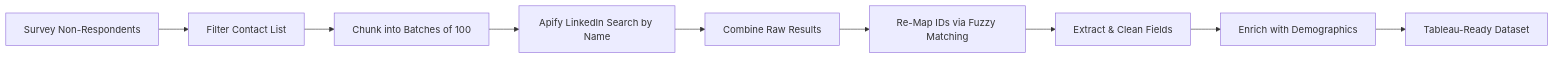
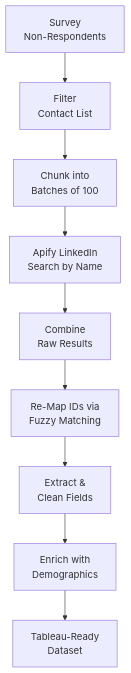
The first of 7 diagrams in _pages/tab1_research/1.1collect/scraping_linkedin.md (ZhouLinli/ZhouLinli.github.io), drawn with Mermaid before and after one commit. The commit also changed other lines of this file and 30 other files, not shown here.

````diff
--- a/_pages/tab1_research/1.1collect/scraping_linkedin.md
+++ b/_pages/tab1_research/1.1collect/scraping_linkedin.md
@@ -20,11 +36,11 @@
 ```mermaid
-flowchart LR
-    A[Survey Non-Respondents] --> B[Filter Contact List]
-    B --> C[Chunk into Batches of 100]
-    C --> D[Apify LinkedIn Search by Name]
-    D --> E[Combine Raw Results]
-    E --> F[Re-Map IDs via Fuzzy Matching]
-    F --> G[Extract & Clean Fields]
-    G --> H[Enrich with Demographics]
-    H --> I[Tableau-Ready Dataset]
+flowchart TD
+    A[Survey<br/>Non-Respondents] --> B[Filter<br/>Contact List]
+    B --> C[Chunk into<br/>Batches of 100]
+    C --> D[Apify LinkedIn<br/>Search by Name]
+    D --> E[Combine<br/>Raw Results]
+    E --> F[Re-Map IDs via<br/>Fuzzy Matching]
+    F --> G[Extract &<br/>Clean Fields]
+    G --> H[Enrich with<br/>Demographics]
+    H --> I[Tableau-Ready<br/>Dataset]
 ```
````
